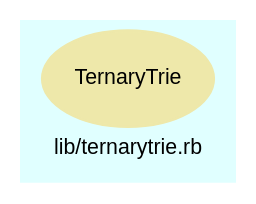
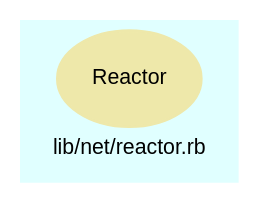
One commit to Tyche/teensymud changed the diagram in doc/dot/f_12.dot. Above: the diagram before and after it, drawn with Graphviz. The commit also changed 282 other files, not shown here.

Commit message:
Split filter.rb and net.rb into separate classes. Added regression tests for net classes.

```diff
--- a/doc/dot/f_12.dot
+++ b/doc/dot/f_12.dot
@@ -1,22 +1,22 @@
 digraph TopLevel {
     compound = true
     bgcolor = lightcyan1
     fontname = Arial
     fontsize = 8
-    label = "lib/ternarytrie.rb"
+    label = "lib/net/reactor.rb"
     node [
         fontname = Arial,
         fontsize = 8,
         color = black
     ]
 
-    TernaryTrie [
+    Reactor [
         fontcolor = black,
-        URL = "classes/TernaryTrie.html",
+        URL = "classes/Reactor.html",
         shape = ellipse,
         color = palegoldenrod,
         style = filled,
-        label = "TernaryTrie"
+        label = "Reactor"
     ]
 
 }
```
